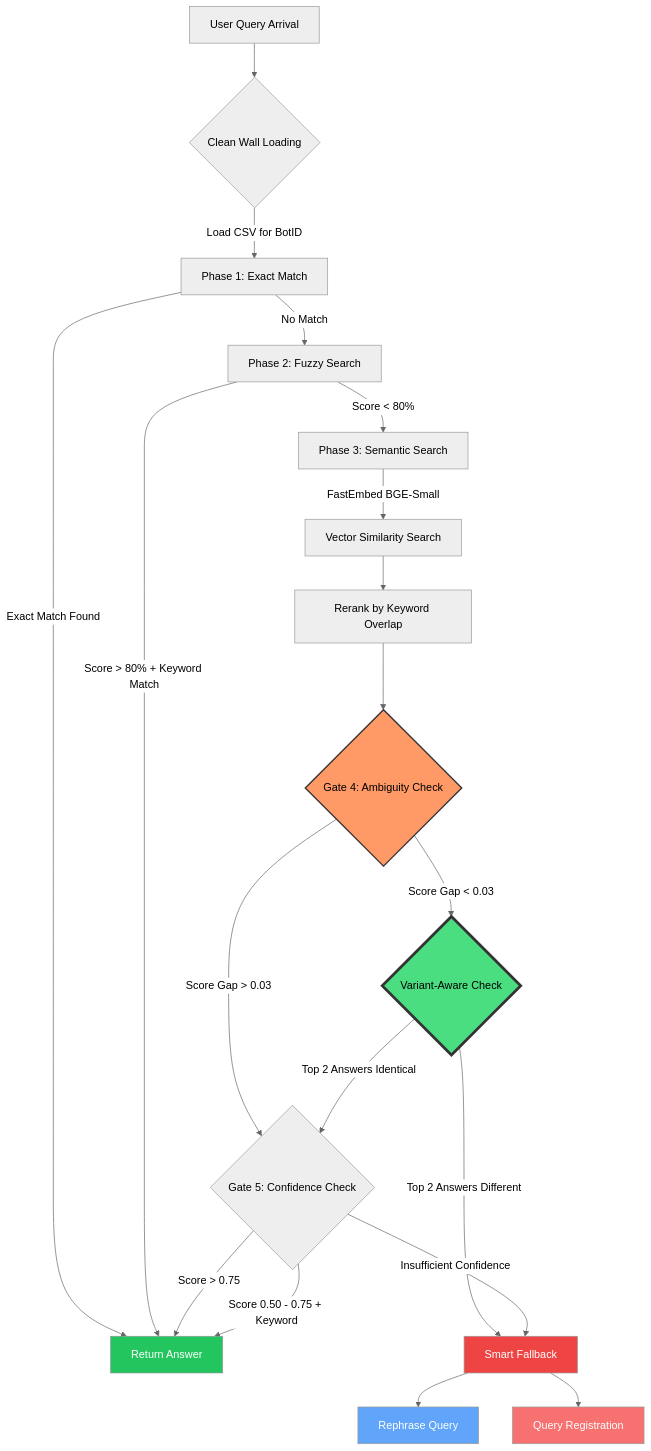
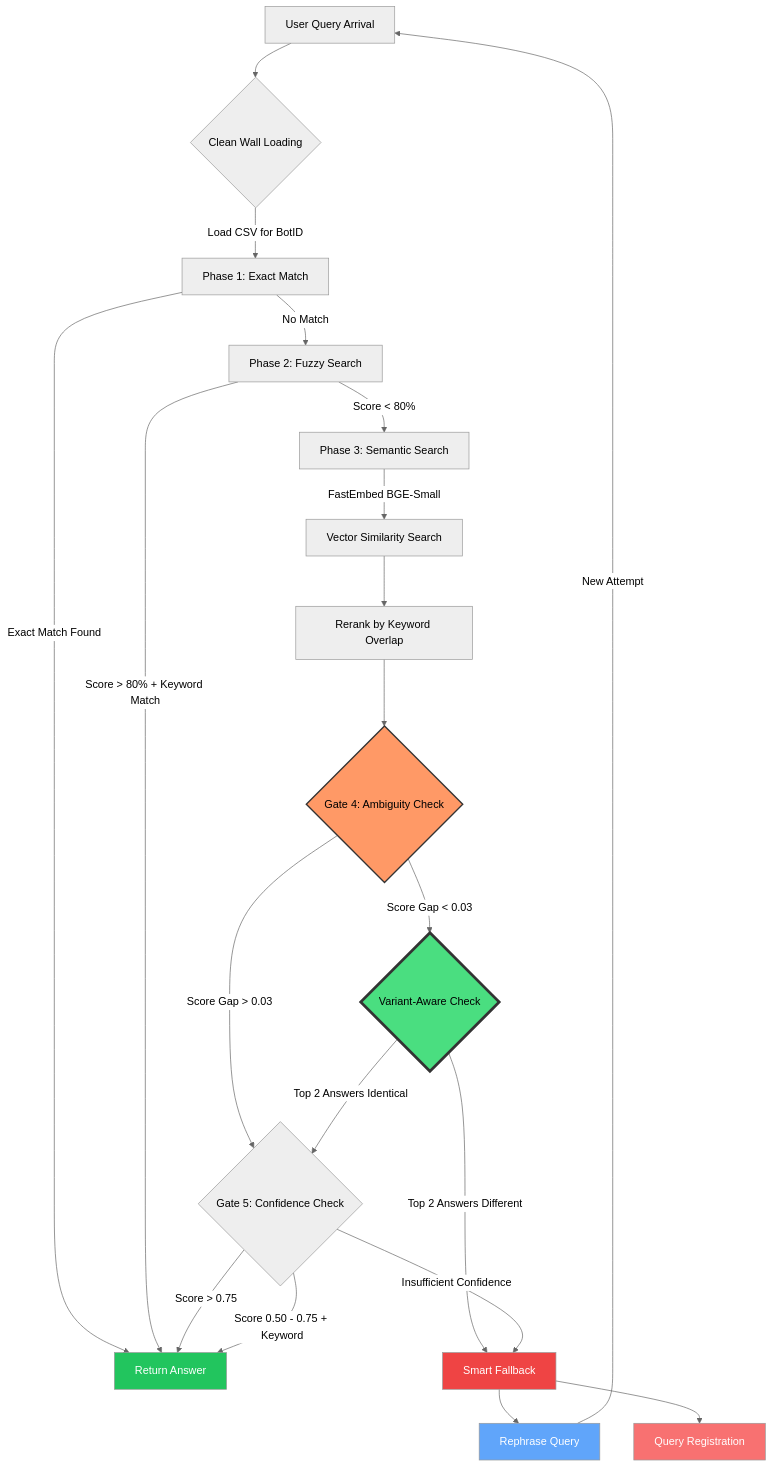
The diagram in MODEL_MIGRATION.md (suyash-rgb/FAQSense), drawn with Mermaid (neutral theme) before and after one commit.

Commit message:
docs: close query loop in flowchart

````diff
--- a/MODEL_MIGRATION.md
+++ b/MODEL_MIGRATION.md
@@ -71,35 +71,36 @@
 ```mermaid
 graph TD
     A[User Query Arrival] --> B{Clean Wall Loading}
     B -->|Load CSV for BotID| C[Phase 1: Exact Match]
     
     C -->|No Match| D[Phase 2: Fuzzy Search]
     C -->|Exact Match Found| Z[Return Answer]
 
     D -->|Score < 80%| E[Phase 3: Semantic Search]
     D -->|Score > 80% + Keyword Match| Z
 
     E -->|FastEmbed BGE-Small| F[Vector Similarity Search]
     F --> G[Rerank by Keyword Overlap]
     
     G --> H{Gate 4: Ambiguity Check}
     H -->|Score Gap > 0.03| J{Gate 5: Confidence Check}
     
     H -->|Score Gap < 0.03| I{Variant-Aware Check}
     I -->|Top 2 Answers Identical| J
     I -->|Top 2 Answers Different| K[Smart Fallback]
 
     J -->|Score > 0.75| Z
     J -->|Score 0.50 - 0.75 + Keyword| Z
     J -->|Insufficient Confidence| K
     
     K --> L[Rephrase Query]
     K --> M[Query Registration]
+    L -->|New Attempt| A
 
     style H fill:#f96,stroke:#333,stroke-width:2px
     style I fill:#4ade80,stroke:#333,stroke-width:4px
     style Z fill:#22c55e,color:#fff
     style K fill:#ef4444,color:#fff
     style L fill:#60a5fa,color:#fff
     style M fill:#f87171,color:#fff
 ```
````
